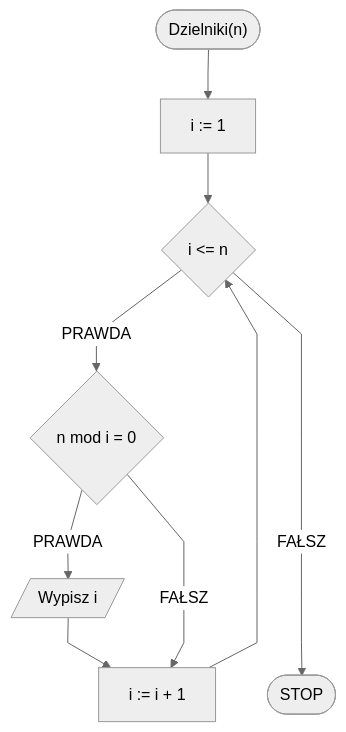
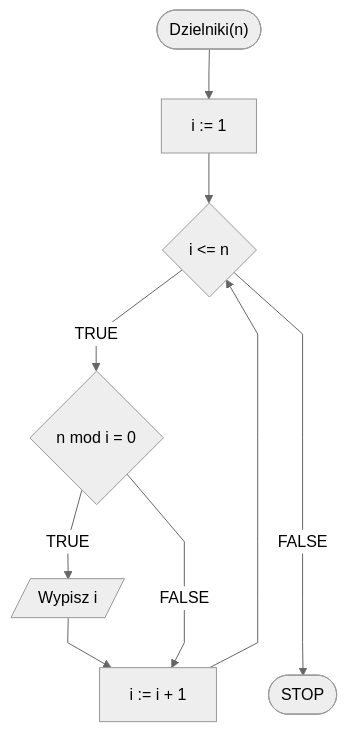
The first of 3 diagrams in docs/algorithms/integers/divisors.md (blackbat13/edu-cs-htiew-en), drawn with Mermaid before and after one commit. The commit also changed other lines of this file and 682 other files, not shown here.

````diff
--- a/docs/algorithms/integers/divisors.md
+++ b/docs/algorithms/integers/divisors.md
@@ -51,12 +51,12 @@
 ```mermaid
 %%{init: {"flowchart": {"curve": "linear"}, "theme": "neutral"} }%%
 flowchart TD
 	START(["Dzielniki(n)"]) --> K0[i := 1]
 	K0 --> K1{i <= n}
-	K1 -- PRAWDA --> K2{n mod i = 0}
-	K2 -- PRAWDA --> K3[/Wypisz i/]
+	K1 -- TRUE --> K2{n mod i = 0}
+	K2 -- TRUE --> K3[/Wypisz i/]
 	K3 --> K1i[i := i + 1]
-	K2 -- FAŁSZ --> K1i
+	K2 -- FALSE --> K1i
 	K1i --> K1
-	K1 -- FAŁSZ ----> STOP([STOP])
+	K1 -- FALSE ----> STOP([STOP])
 ```
````
